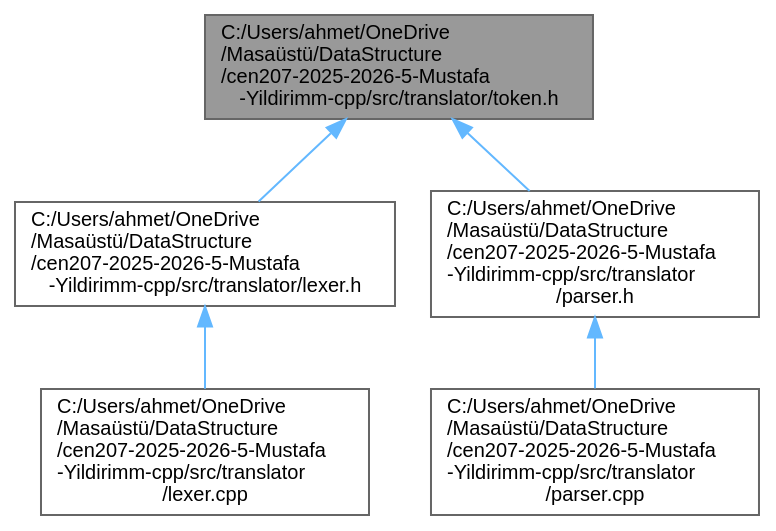
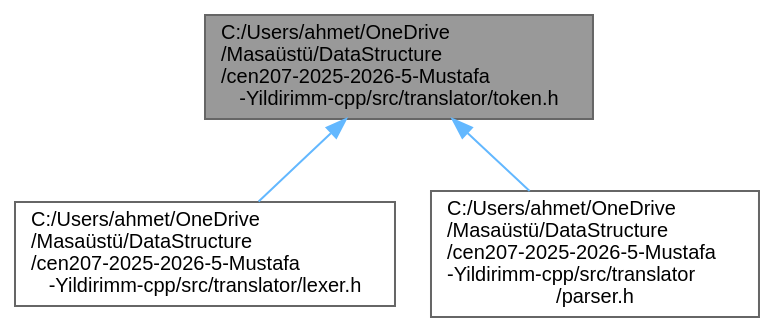
The diagram in docs/doxygenlibwin/rtf/token_8h__dep__incl.dot (mustafayldrnn/cen207-2025-2026-5-Mustafa-Yildirimm-cpp), drawn with Graphviz before and after one commit. The commit also changed 1511 other files, not shown here.

```diff
--- a/docs/doxygenlibwin/rtf/token_8h__dep__incl.dot
+++ b/docs/doxygenlibwin/rtf/token_8h__dep__incl.dot
@@ -1,17 +1,13 @@
 digraph "C:/Users/ahmet/OneDrive/Masaüstü/DataStructure/cen207-2025-2026-5-Mustafa-Yildirimm-cpp/src/translator/token.h"
 {
  // INTERACTIVE_SVG=YES
  // LATEX_PDF_SIZE
   bgcolor="transparent";
   edge [fontname=Helvetica,fontsize=10,labelfontname=Helvetica,labelfontsize=10];
   node [fontname=Helvetica,fontsize=10,shape=box,height=0.2,width=0.4];
-  Node1 [id="Node000001",label="C:/Users/ahmet/OneDrive\l/Masaüstü/DataStructure\l/cen207-2025-2026-5-Mustafa\l-Yildirimm-cpp/src/translator/token.h",height=0.2,width=0.4,color="gray40", fillcolor="grey60", style="filled", fontcolor="black",tooltip=" "];
-  Node1 -> Node2 [id="edge9_Node000001_Node000002",dir="back",color="steelblue1",style="solid",tooltip=" "];
-  Node2 [id="Node000002",label="C:/Users/ahmet/OneDrive\l/Masaüstü/DataStructure\l/cen207-2025-2026-5-Mustafa\l-Yildirimm-cpp/src/translator/lexer.h",height=0.2,width=0.4,color="grey40", fillcolor="white", style="filled",URL="$lexer_8h.html",tooltip=" "];
-  Node2 -> Node3 [id="edge10_Node000002_Node000003",dir="back",color="steelblue1",style="solid",tooltip=" "];
-  Node3 [id="Node000003",label="C:/Users/ahmet/OneDrive\l/Masaüstü/DataStructure\l/cen207-2025-2026-5-Mustafa\l-Yildirimm-cpp/src/translator\l/lexer.cpp",height=0.2,width=0.4,color="grey40", fillcolor="white", style="filled",URL="$lexer_8cpp.html",tooltip=" "];
-  Node1 -> Node4 [id="edge11_Node000001_Node000004",dir="back",color="steelblue1",style="solid",tooltip=" "];
-  Node4 [id="Node000004",label="C:/Users/ahmet/OneDrive\l/Masaüstü/DataStructure\l/cen207-2025-2026-5-Mustafa\l-Yildirimm-cpp/src/translator\l/parser.h",height=0.2,width=0.4,color="grey40", fillcolor="white", style="filled",URL="$parser_8h.html",tooltip=" "];
-  Node4 -> Node5 [id="edge12_Node000004_Node000005",dir="back",color="steelblue1",style="solid",tooltip=" "];
-  Node5 [id="Node000005",label="C:/Users/ahmet/OneDrive\l/Masaüstü/DataStructure\l/cen207-2025-2026-5-Mustafa\l-Yildirimm-cpp/src/translator\l/parser.cpp",height=0.2,width=0.4,color="grey40", fillcolor="white", style="filled",URL="$parser_8cpp.html",tooltip=" "];
+  Node1 [id="Node000001",label="C:/Users/ahmet/OneDrive\l/Masaüstü/DataStructure\l/cen207-2025-2026-5-Mustafa\l-Yildirimm-cpp/src/translator/token.h",height=0.2,width=0.4,color="gray40", fillcolor="grey60", style="filled", fontcolor="black",tooltip="Leksik belirteç türleri ve veri yapısı"];
+  Node1 -> Node2 [id="edge5_Node000001_Node000002",dir="back",color="steelblue1",style="solid",tooltip=" "];
+  Node2 [id="Node000002",label="C:/Users/ahmet/OneDrive\l/Masaüstü/DataStructure\l/cen207-2025-2026-5-Mustafa\l-Yildirimm-cpp/src/translator/lexer.h",height=0.2,width=0.4,color="grey40", fillcolor="white", style="filled",URL="$lexer_8h.html",tooltip="BASIC benzeri dil için leksik analizci arabirimi."];
+  Node1 -> Node3 [id="edge6_Node000001_Node000003",dir="back",color="steelblue1",style="solid",tooltip=" "];
+  Node3 [id="Node000003",label="C:/Users/ahmet/OneDrive\l/Masaüstü/DataStructure\l/cen207-2025-2026-5-Mustafa\l-Yildirimm-cpp/src/translator\l/parser.h",height=0.2,width=0.4,color="grey40", fillcolor="white", style="filled",URL="$parser_8h.html",tooltip="Leksik belirteçlerden AST üreten sözdizim analizcisi."];
 }
```
